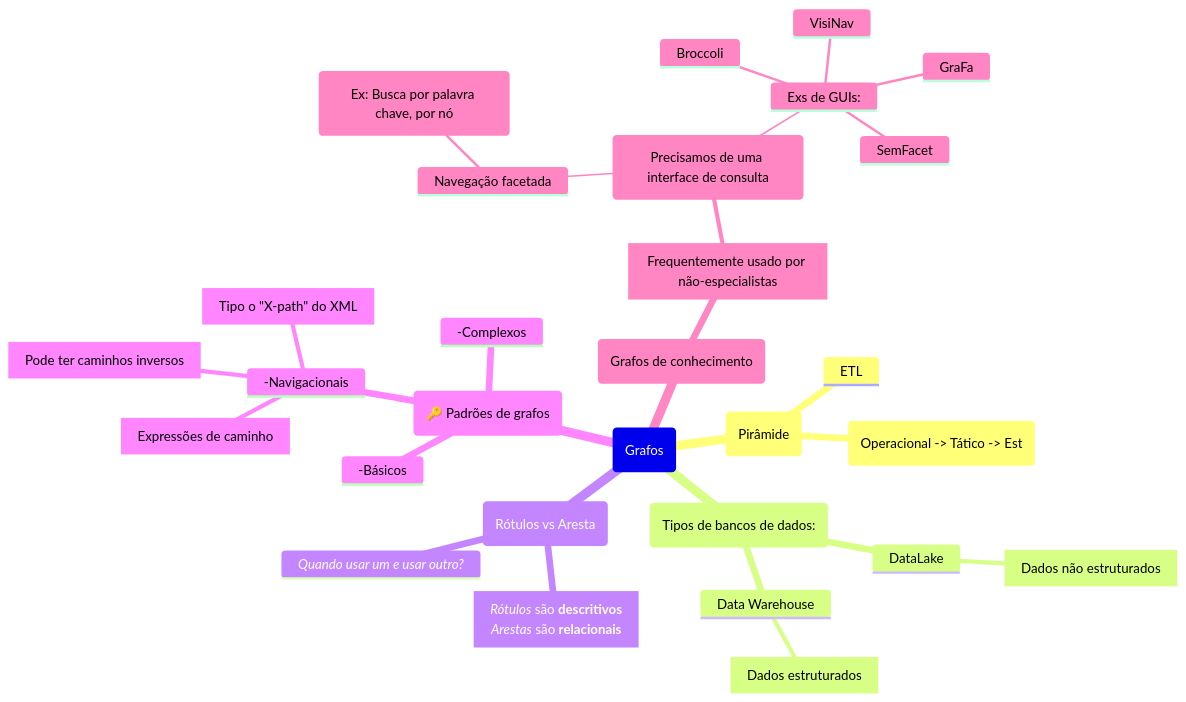
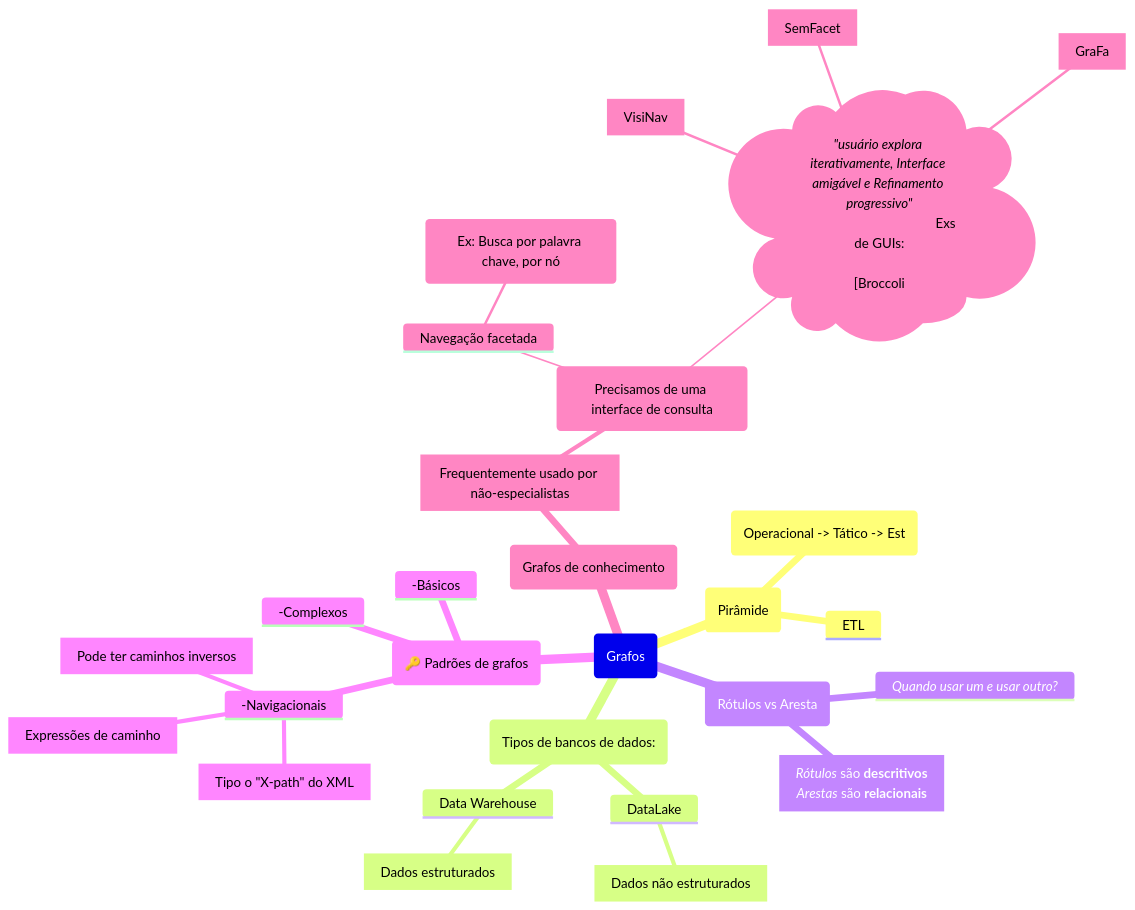
Before and after one commit to Igorino/joplin-notes: the diagram in Mestrado/Segundo Semestre/SIN5033 - Grafos de conhecimento e Ontologias/Anotações/De Aulas/Aula do dia 2026 04 08.md, drawn with Mermaid.

Commit message:
Exported on 2026-04-08_16-09-51

````diff
--- a/Mestrado/Segundo Semestre/SIN5033 - Grafos de conhecimento e Ontologias/Anotações/De Aulas/Aula do dia 2026 04 08.md
+++ b/Mestrado/Segundo Semestre/SIN5033 - Grafos de conhecimento e Ontologias/Anotações/De Aulas/Aula do dia 2026 04 08.md
@@ -1,40 +1,41 @@
 ```mermaid
 mindmap
 	Root(Grafos)
 		(Pirâmide)
 			("Operacional -> Tático -> Est")
 			ETL
 
 		(Tipos de bancos de dados:)		
 			DataLake
 				[Dados não estruturados]
 			Data Warehouse
 				[Dados estruturados]
 
 		(Rótulos vs Aresta)
 			*Quando usar um e usar outro?*
 			[*Rótulos* são **descritivos**
 			*Arestas* são **relacionais**]
 
 		(🔑 Padrões de grafos)
 			-Básicos
 			-Complexos
 			-Navigacionais
 				[Tipo o "X-path" do XML]
 				["Expressões de caminho"]
 				[Pode ter caminhos inversos]
 
 		(Grafos de conhecimento)
 			[Frequentemente usado por não-especialistas]
 				(Precisamos de uma interface de consulta)
 					Navegação facetada
 						(Ex: Busca por palavra chave, por nó)
+					(*"usuário explora iterativamente, Interface amigável e Refinamento progressivo"*
 					Exs de GUIs:
-						Broccoli
-						VisiNav
-						SemFacet
-						GraFa
+						[Broccoli]
+						[VisiNav]
+						[SemFacet]
+						[GraFa]
 
 
 			
 ```
````
